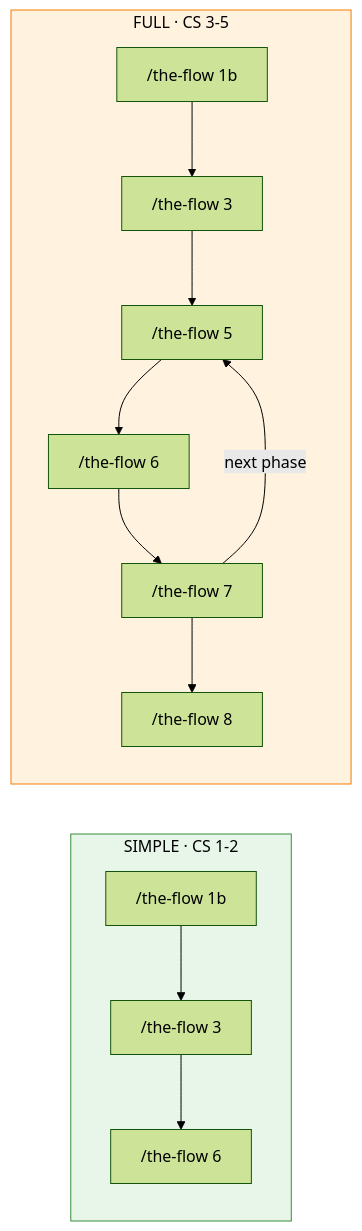
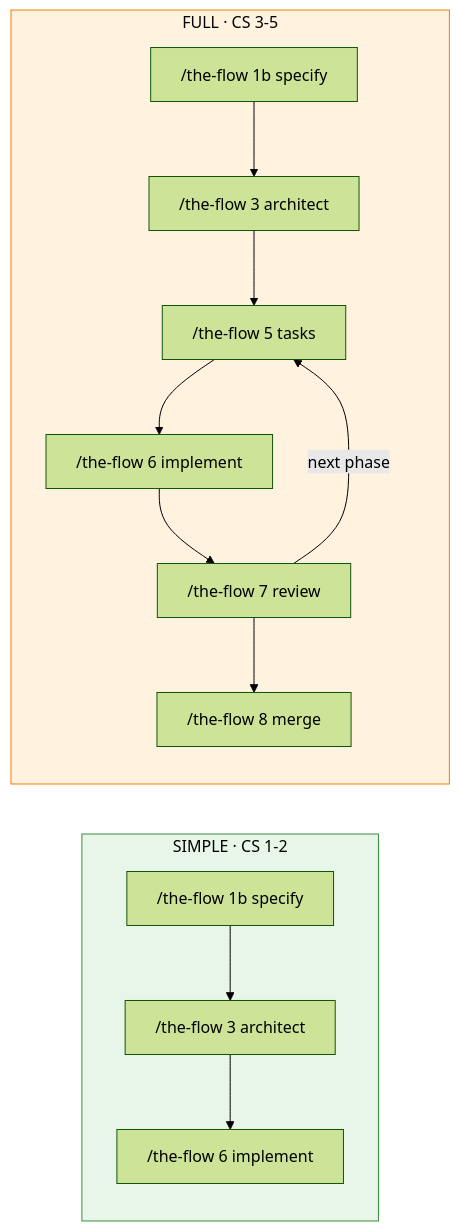
Before and after one commit to jakkaj/tools: the second of 2 diagrams in skills/SDD/the-flow/references/getting-started.md, drawn with Mermaid (forest theme). The commit also changed other lines of this file and 19 other files, not shown here.

First line of the commit message:
feat(the-flow): print commands as '/the-flow <id> <name>' everywhere; demote companion from recommended to optional

````diff
--- a/skills/SDD/the-flow/references/getting-started.md
+++ b/skills/SDD/the-flow/references/getting-started.md
@@ -125,20 +125,20 @@
 ```mermaid
 flowchart LR
     classDef s fill:#e8f5e9,stroke:#388e3c,color:#000
     classDef f fill:#fff3e0,stroke:#f57c00,color:#000
 
     subgraph simple["SIMPLE · CS 1-2"]
         direction TB
-        S1["/the-flow 1b"] --> S2["/the-flow 3"] --> S3["/the-flow 6"]
+        S1["/the-flow 1b specify"] --> S2["/the-flow 3 architect"] --> S3["/the-flow 6 implement"]
     end
 
     subgraph full["FULL · CS 3-5"]
         direction TB
-        F1["/the-flow 1b"] --> F2["/the-flow 3"] --> F3["/the-flow 5"] --> F4["/the-flow 6"] --> F5["/the-flow 7"]
+        F1["/the-flow 1b specify"] --> F2["/the-flow 3 architect"] --> F3["/the-flow 5 tasks"] --> F4["/the-flow 6 implement"] --> F5["/the-flow 7 review"]
         F5 -->|next phase| F3
-        F5 --> F6["/the-flow 8"]
+        F5 --> F6["/the-flow 8 merge"]
     end
 
     class simple s
     class full f
 ```
````
